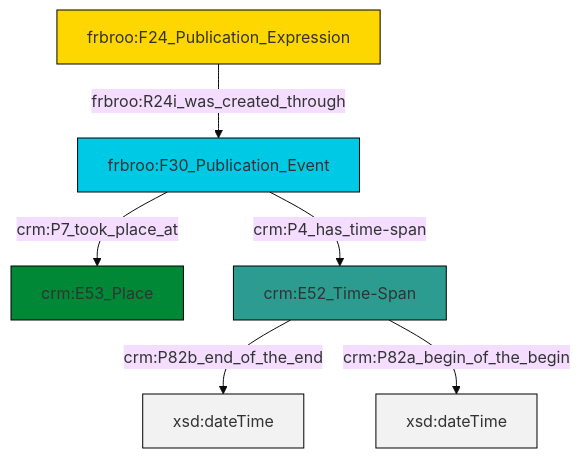
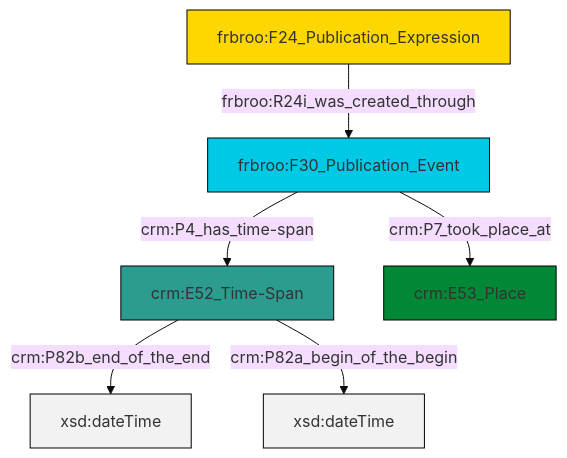
Before and after one commit to swiss-art-research-net/reference-data-models: the diagram in et/biblioCSV/ttl/mmd/biblio_existence.ttl.mmd, drawn with Mermaid (base theme). The commit also changed 131 other files, not shown here.

```diff
--- a/et/biblioCSV/ttl/mmd/biblio_existence.ttl.mmd
+++ b/et/biblioCSV/ttl/mmd/biblio_existence.ttl.mmd
@@ -1,20 +1,20 @@
 graph TD
 classDef Literal fill:#f2f2f2,stroke:#000000;
 classDef CRM_Entity fill:#FFFFFF,stroke:#000000;
 classDef Temporal_Entity fill:#00C9E6, stroke:#000000;
 classDef Type fill:#E18312, stroke:#000000;
 classDef Time-Span fill:#2C9C91, stroke:#000000;
 classDef Appellation fill:#FFEB7F, stroke:#000000;
 classDef Place fill:#008836, stroke:#000000;
 classDef Persistent_Item fill:#B266B2, stroke:#000000;
 classDef Conceptual_Object fill:#FFD700, stroke:#000000;
 classDef Physical_Thing fill:#D2B48C, stroke:#000000;
 classDef Actor fill:#f58aad, stroke:#000000;
 classDef PC_Classes fill:#4ce600, stroke:#000000;
 classDef Multi fill:#cccccc,stroke:#000000;
 
-0["frbroo:F24_Publication_Expression"]:::Conceptual_Object -->|frbroo:R24i_was_created_through| 2["frbroo:F30_Publication_Event"]:::Temporal_Entity
-6["crm:E52_Time-Span"]:::Time-Span -->|crm:P82b_end_of_the_end| 7[xsd:dateTime]:::Literal
-2["frbroo:F30_Publication_Event"]:::Temporal_Entity -->|crm:P4_has_time-span| 6["crm:E52_Time-Span"]:::Time-Span
-2["frbroo:F30_Publication_Event"]:::Temporal_Entity -->|crm:P7_took_place_at| 4["crm:E53_Place"]:::Place
-6["crm:E52_Time-Span"]:::Time-Span -->|crm:P82a_begin_of_the_begin| 9[xsd:dateTime]:::Literal
+2["frbroo:F30_Publication_Event"]:::Temporal_Entity -->|crm:P7_took_place_at| 3["crm:E53_Place"]:::Place
+4["frbroo:F24_Publication_Expression"]:::Conceptual_Object -->|frbroo:R24i_was_created_through| 2["frbroo:F30_Publication_Event"]:::Temporal_Entity
+2["frbroo:F30_Publication_Event"]:::Temporal_Entity -->|crm:P4_has_time-span| 0["crm:E52_Time-Span"]:::Time-Span
+0["crm:E52_Time-Span"]:::Time-Span -->|crm:P82b_end_of_the_end| 5[xsd:dateTime]:::Literal
+0["crm:E52_Time-Span"]:::Time-Span -->|crm:P82a_begin_of_the_begin| 6[xsd:dateTime]:::Literal
```
